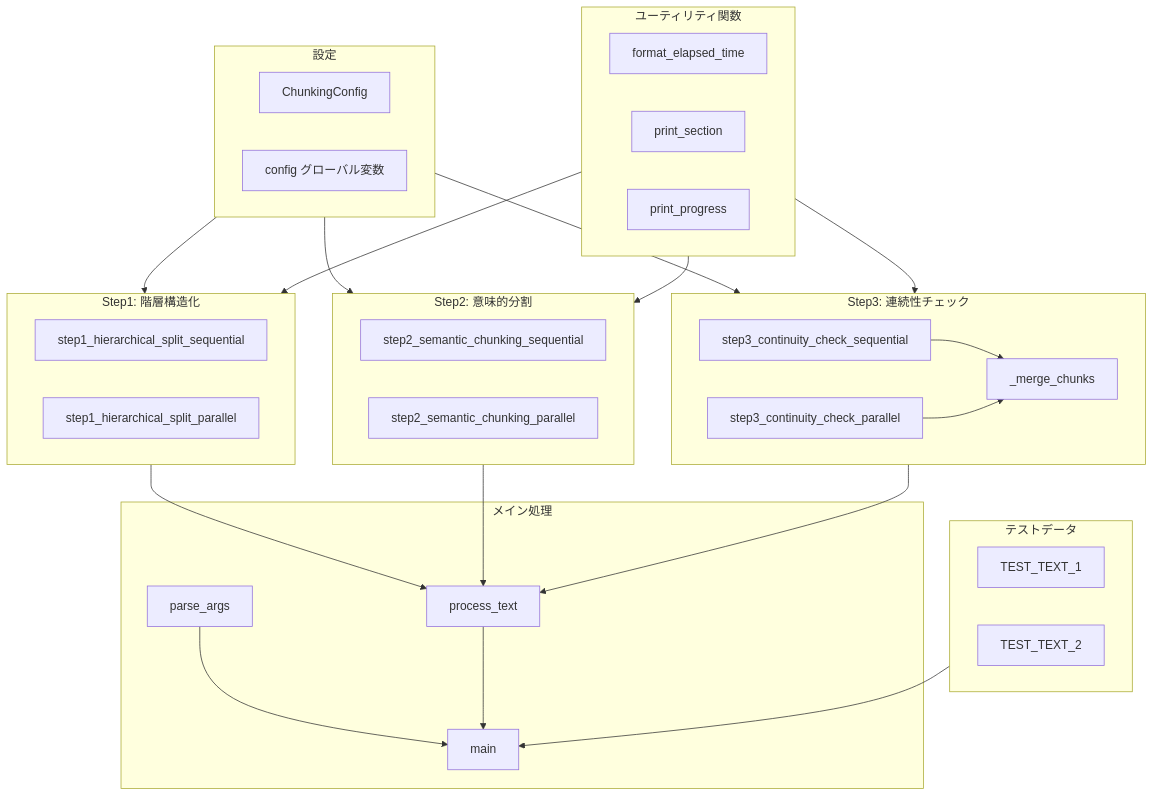
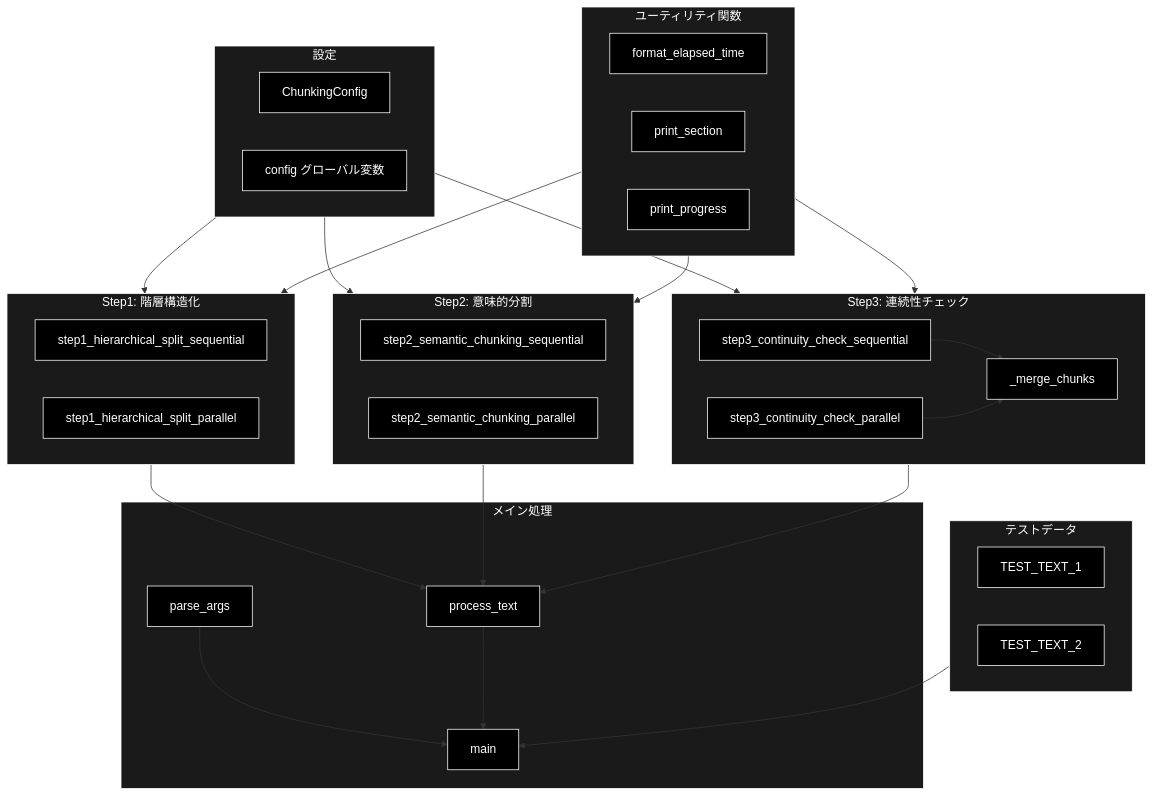
Before and after one commit to nakashima2toshio/ollama_grace_agent_v2: the third of 6 diagrams in chunking/doc/check_async.md, drawn with Mermaid. The commit also changed other lines of this file and 13 other files, not shown here.

````diff
--- a/chunking/doc/check_async.md
+++ b/chunking/doc/check_async.md
@@ -174,55 +190,65 @@
 ```mermaid
 flowchart TB
     subgraph CONFIG_SEC["設定"]
         CONFIG[ChunkingConfig]
         GLOBAL[config グローバル変数]
     end
 
     subgraph UTILS_SEC["ユーティリティ関数"]
         FMT[format_elapsed_time]
         SEC[print_section]
         PRG[print_progress]
     end
 
     subgraph STEP1_SEC["Step1: 階層構造化"]
         S1SEQ[step1_hierarchical_split_sequential]
         S1PAR[step1_hierarchical_split_parallel]
     end
 
     subgraph STEP2_SEC["Step2: 意味的分割"]
         S2SEQ[step2_semantic_chunking_sequential]
         S2PAR[step2_semantic_chunking_parallel]
     end
 
     subgraph STEP3_SEC["Step3: 連続性チェック"]
         S3SEQ[step3_continuity_check_sequential]
         S3PAR[step3_continuity_check_parallel]
         MERGE[_merge_chunks]
     end
 
     subgraph MAIN_SEC["メイン処理"]
         PROCESS[process_text]
         PARSE[parse_args]
         MAIN[main]
     end
 
     subgraph DATA_SEC["テストデータ"]
         T1[TEST_TEXT_1]
         T2[TEST_TEXT_2]
     end
 
     CONFIG_SEC --> STEP1_SEC
     CONFIG_SEC --> STEP2_SEC
     CONFIG_SEC --> STEP3_SEC
     UTILS_SEC --> STEP1_SEC
     UTILS_SEC --> STEP2_SEC
     UTILS_SEC --> STEP3_SEC
     STEP1_SEC --> PROCESS
     STEP2_SEC --> PROCESS
     STEP3_SEC --> PROCESS
     S3SEQ --> MERGE
     S3PAR --> MERGE
     PARSE --> MAIN
     PROCESS --> MAIN
     DATA_SEC --> MAIN
+classDef default fill:#000,stroke:#fff,color:#fff
+classDef subgraphStyle fill:#1a1a1a,stroke:#fff,color:#fff
+class CONFIG,GLOBAL,FMT,SEC,PRG,S1SEQ,S1PAR,S2SEQ,S2PAR,S3SEQ,S3PAR,MERGE,PROCESS,PARSE,MAIN,T1,T2 default
+style CONFIG_SEC fill:#1a1a1a,stroke:#fff,color:#fff
+style UTILS_SEC fill:#1a1a1a,stroke:#fff,color:#fff
+style STEP1_SEC fill:#1a1a1a,stroke:#fff,color:#fff
+style STEP2_SEC fill:#1a1a1a,stroke:#fff,color:#fff
+style STEP3_SEC fill:#1a1a1a,stroke:#fff,color:#fff
+style MAIN_SEC fill:#1a1a1a,stroke:#fff,color:#fff
+style DATA_SEC fill:#1a1a1a,stroke:#fff,color:#fff
 ```
````
